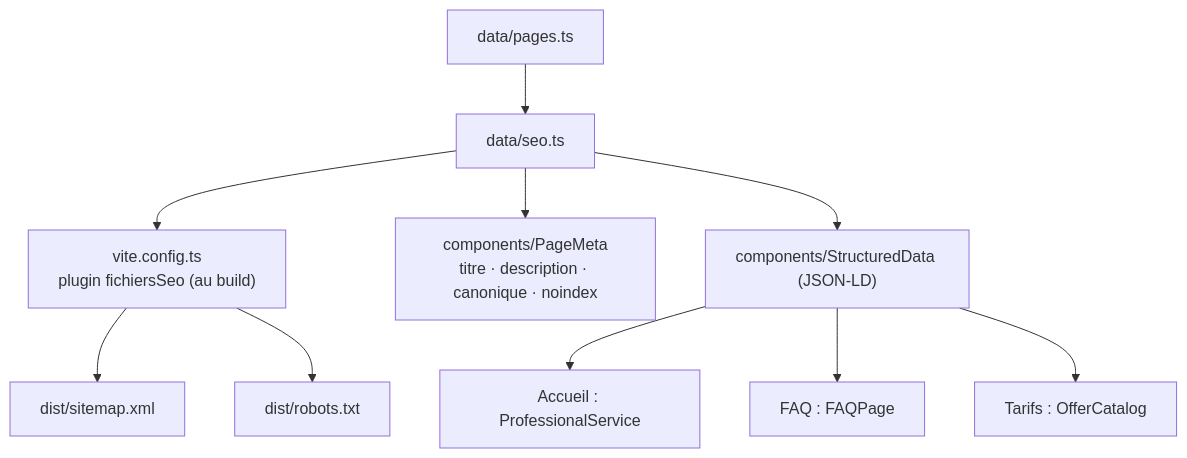
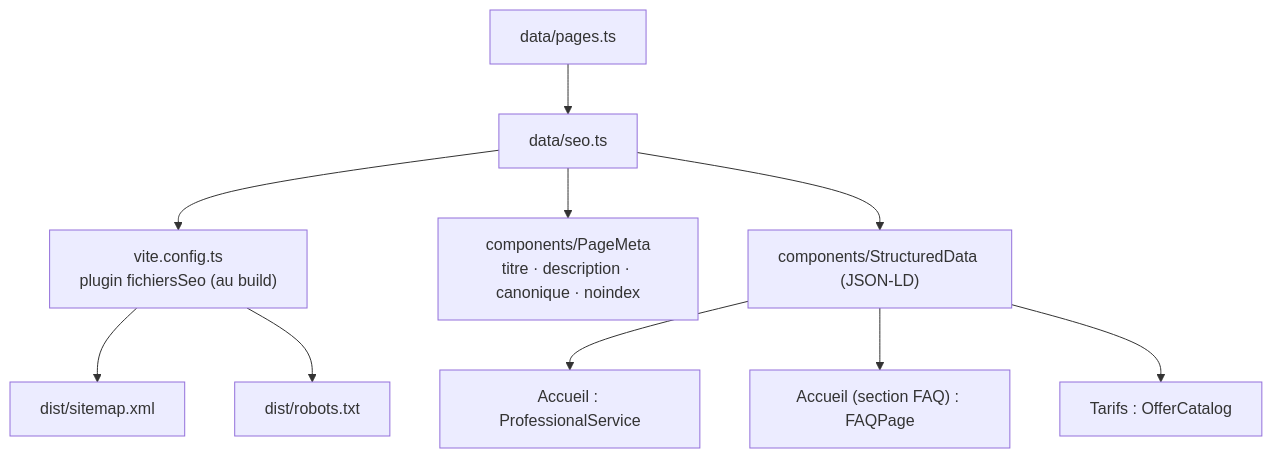
The diagram in docs/fonctionnalites/seo.md (bsandoz79/bsandoz-site), drawn with Mermaid before and after one commit. The commit also changed 15 other files, not shown here.

Commit message:
feat: FAQ en bas de l'accueil, 3 questions puis « Voir plus »

````diff
--- a/docs/fonctionnalites/seo.md
+++ b/docs/fonctionnalites/seo.md
@@ -7,12 +7,12 @@
 ```mermaid
 flowchart TB
   pages["data/pages.ts"] --> seo["data/seo.ts"]
   seo --> plugin["vite.config.ts<br/>plugin fichiersSeo (au build)"]
   plugin --> sitemap["dist/sitemap.xml"]
   plugin --> robots["dist/robots.txt"]
   seo --> pm["components/PageMeta<br/>titre · description · canonique · noindex"]
   seo --> sd["components/StructuredData (JSON-LD)"]
   sd --> h["Accueil : ProfessionalService"]
-  sd --> f["FAQ : FAQPage"]
+  sd --> f["Accueil (section FAQ) : FAQPage"]
   sd --> t["Tarifs : OfferCatalog"]
 ```
````
